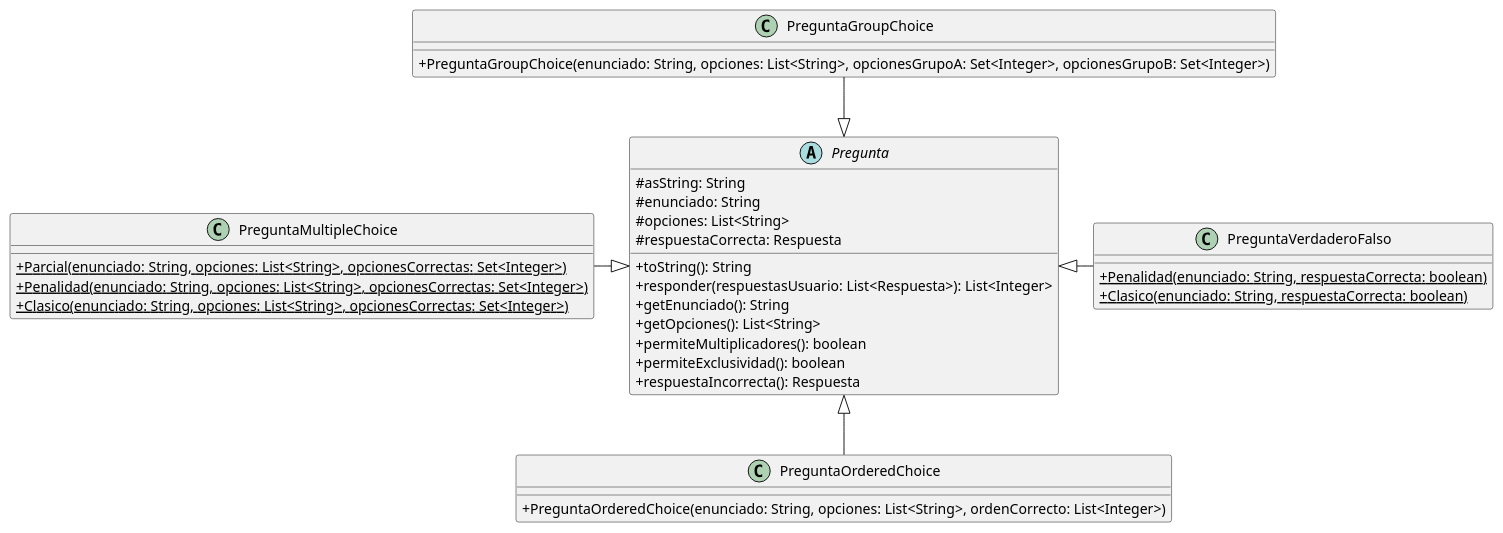
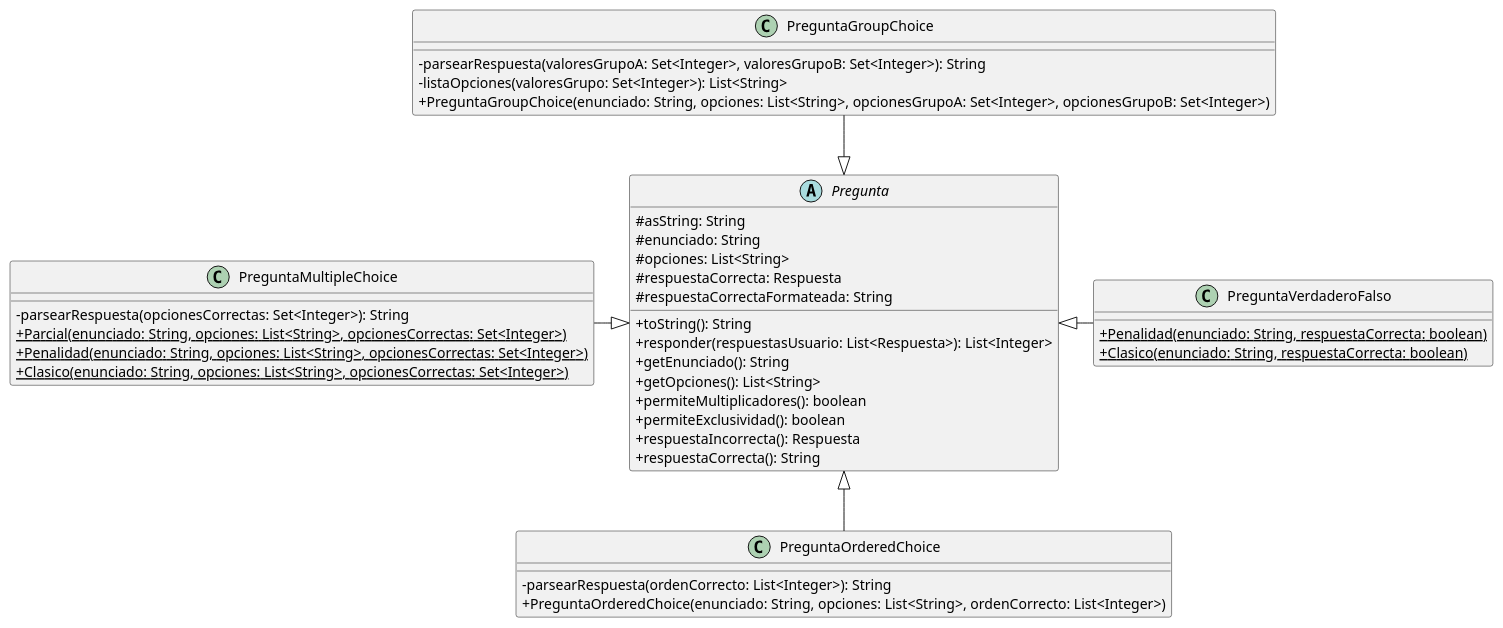
Before and after one commit to gcc-cdimatteo/Algoritmos-y-Programacion-III-75.07: the diagram in Documentacion/Diagramas de Clases/Diagrama de Clases Preguntas.puml, drawn with PlantUML. The commit also changed 2 other files, not shown here.

Commit message:
uml: update

```diff
--- a/Documentacion/Diagramas de Clases/Diagrama de Clases Preguntas.puml
+++ b/Documentacion/Diagramas de Clases/Diagrama de Clases Preguntas.puml
@@ -1,56 +1,62 @@
 @startuml
 skinparam classAttributeIconSize 0
 
 abstract class Pregunta {
     # asString: String
     # enunciado: String
     # opciones: List<String>
     # respuestaCorrecta: Respuesta
+    # respuestaCorrectaFormateada: String
     + toString(): String
     + responder(respuestasUsuario: List<Respuesta>): List<Integer>
     + getEnunciado(): String
     + getOpciones(): List<String>
     + permiteMultiplicadores(): boolean
     + permiteExclusividad(): boolean
     + respuestaIncorrecta(): Respuesta
+    + respuestaCorrecta(): String
 }
 
 class PreguntaVerdaderoFalso {
     + {static} Penalidad(enunciado: String, respuestaCorrecta: boolean)
     + {static} Clasico(enunciado: String, respuestaCorrecta: boolean)
 }
 
 class PreguntaGroupChoice {
+    - parsearRespuesta(valoresGrupoA: Set<Integer>, valoresGrupoB: Set<Integer>): String
+    - listaOpciones(valoresGrupo: Set<Integer>): List<String>
     + PreguntaGroupChoice(enunciado: String, opciones: List<String>, opcionesGrupoA: Set<Integer>, opcionesGrupoB: Set<Integer>)
 }
 
 class PreguntaOrderedChoice {
+    - parsearRespuesta(ordenCorrecto: List<Integer>): String
     + PreguntaOrderedChoice(enunciado: String, opciones: List<String>, ordenCorrecto: List<Integer>)
 }
 
 class PreguntaMultipleChoice {
+    - parsearRespuesta(opcionesCorrectas: Set<Integer>): String
     + {static} Parcial(enunciado: String, opciones: List<String>, opcionesCorrectas: Set<Integer>)
     + {static} Penalidad(enunciado: String, opciones: List<String>, opcionesCorrectas: Set<Integer>)
     + {static} Clasico(enunciado: String, opciones: List<String>, opcionesCorrectas: Set<Integer>)
 }
 
 'Ordenamiento De Cuadrados
 
 'Herencia --|> cumple la relación 'es un'
 Pregunta <|-up- PreguntaGroupChoice
 Pregunta <|-left- PreguntaMultipleChoice
 Pregunta <|-down- PreguntaOrderedChoice
 Pregunta <|-right- PreguntaVerdaderoFalso
 
 'Asociacion --> un objeto guarda a otro
 
 'Agregacion --o un objeto esta compuesto por otro pero no lo necesita para vivir
 
 'Composicion --* un objeto es dueño de otro
 
 'Dependencia ..> un objeto utiliza a otro porque lo recibe/devuelve
 
 'Interfaces ..|> colección de declaraciones de métodos sin implemetnar
 
 
 @enduml
```
